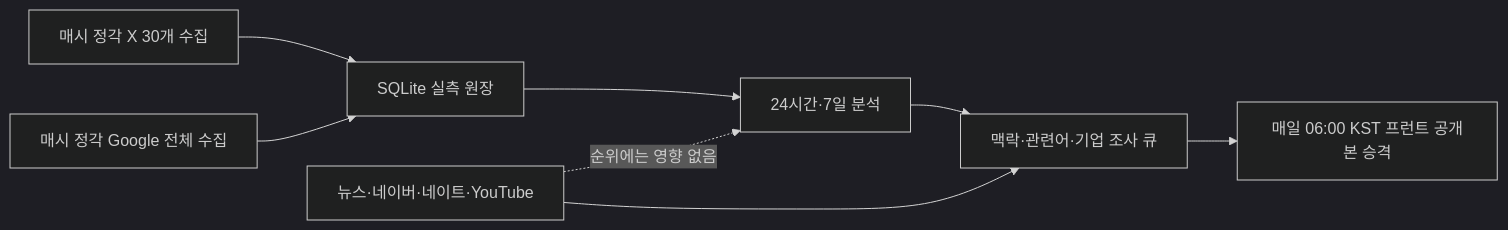
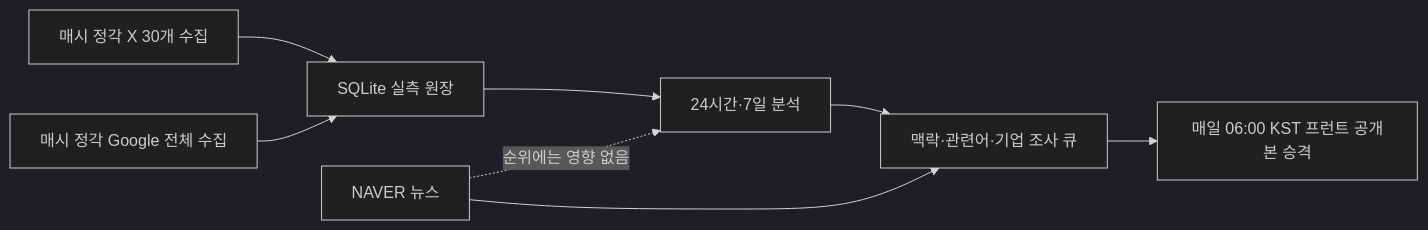
One commit to jyy7294/noinbada changed the diagram in docs/PRODUCT_AND_DATA_FLOW.md. Above: the diagram before and after it, drawn with Mermaid (dark theme). The commit also changed other lines of this file and 25 other files, not shown here.

````diff
--- a/docs/PRODUCT_AND_DATA_FLOW.md
+++ b/docs/PRODUCT_AND_DATA_FLOW.md
@@ -9,10 +9,10 @@
 ```mermaid
 flowchart LR
     A["매시 정각 X 30개 수집"] --> C["SQLite 실측 원장"]
     B["매시 정각 Google 전체 수집"] --> C
     C --> D["24시간·7일 분석"]
     D --> E["맥락·관련어·기업 조사 큐"]
     E --> F["매일 06:00 KST 프런트 공개본 승격"]
-    G["뉴스·네이버·네이트·YouTube"] --> E
+    G["NAVER 뉴스"] --> E
     G -. "순위에는 영향 없음" .-> D
 ```
````
